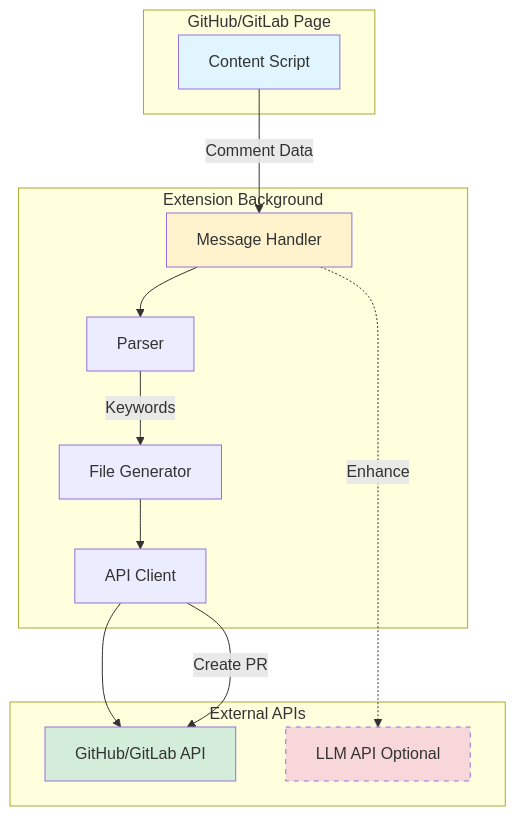
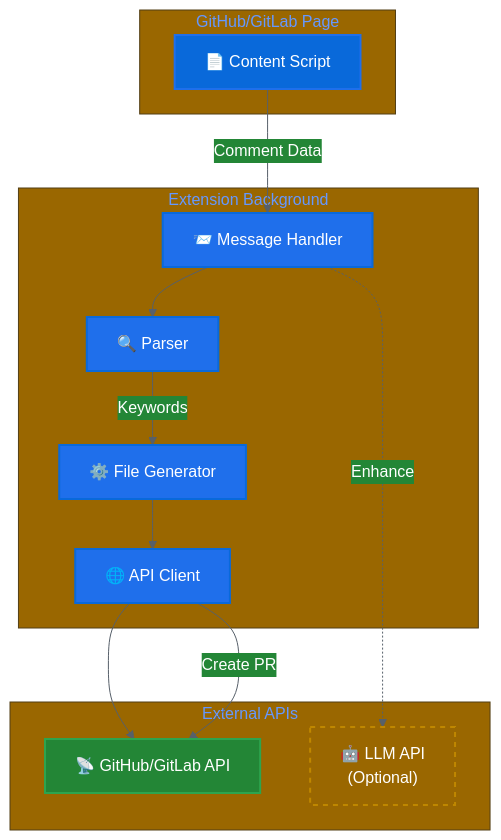
One commit to sunio00000/review-to-instruction changed the second of 2 diagrams in README.md. Above: the diagram before and after it, drawn with Mermaid. The commit also changed other lines of this file and 3 other files, not shown here.

First line of the commit message:
docs: add demo section and improve Mermaid diagram visibility

````diff
--- a/README.md
+++ b/README.md
@@ -49,31 +84,35 @@
 ```mermaid
+%%{init: {'theme':'base', 'themeVariables': { 'primaryColor':'#0969da','primaryTextColor':'#ffffff','primaryBorderColor':'#1f6feb','lineColor':'#57606a','secondaryColor':'#238636','tertiaryColor':'#9a6700'}}}%%
 graph TB
     subgraph "GitHub/GitLab Page"
-        A[Content Script]
+        A["📄 Content Script"]
     end
 
     subgraph "Extension Background"
-        B[Message Handler]
-        C[API Client]
-        D[Parser]
-        E[File Generator]
+        B["📨 Message Handler"]
+        C["🌐 API Client"]
+        D["🔍 Parser"]
+        E["⚙️ File Generator"]
     end
 
     subgraph "External APIs"
-        F[GitHub/GitLab API]
-        G[LLM API Optional]
+        F["📡 GitHub/GitLab API"]
+        G["🤖 LLM API<br/>(Optional)"]
     end
 
     A -->|Comment Data| B
     B --> D
     D -->|Keywords| E
     E --> C
     C --> F
     B -.->|Enhance| G
     C -->|Create PR| F
 
-    style A fill:#e1f5ff
-    style B fill:#fff3cd
-    style F fill:#d4edda
-    style G fill:#f8d7da,stroke-dasharray: 5 5
+    style A fill:#0969da,stroke:#1f6feb,stroke-width:2px,color:#ffffff
+    style B fill:#1f6feb,stroke:#0969da,stroke-width:2px,color:#ffffff
+    style C fill:#1f6feb,stroke:#0969da,stroke-width:2px,color:#ffffff
+    style D fill:#1f6feb,stroke:#0969da,stroke-width:2px,color:#ffffff
+    style E fill:#1f6feb,stroke:#0969da,stroke-width:2px,color:#ffffff
+    style F fill:#238636,stroke:#2da44e,stroke-width:2px,color:#ffffff
+    style G fill:#9a6700,stroke:#bf8700,stroke-width:2px,stroke-dasharray: 5 5,color:#ffffff
 ```
````
